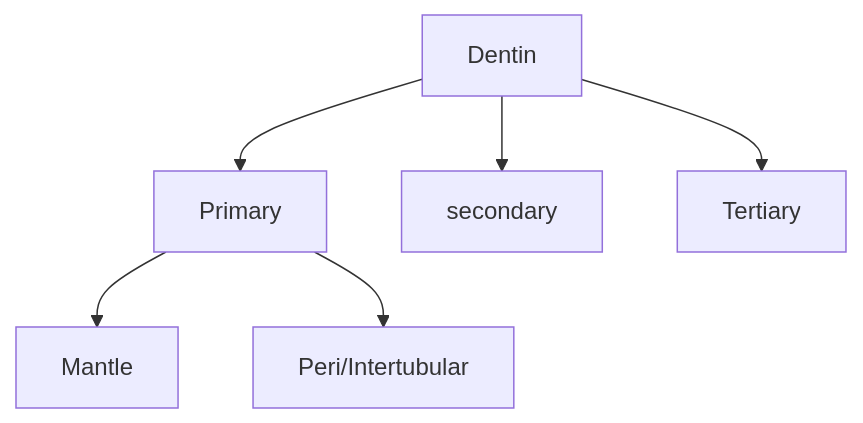
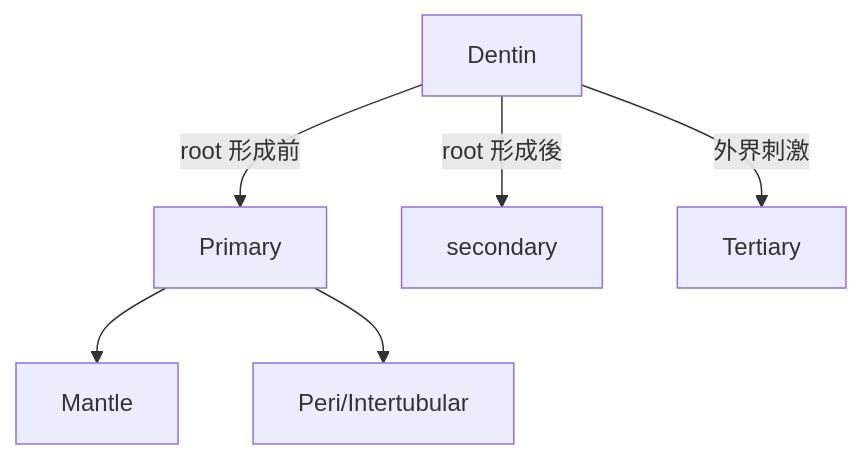
Before and after one commit to hsiu-chan/notebook: the third of 3 diagrams in notes/二下/口胚.md, drawn with Mermaid. The commit also changed other lines of this file and 16 other files, not shown here.

````diff
--- a/notes/二下/口胚.md
+++ b/notes/二下/口胚.md
@@ -440,8 +551,8 @@
 ```mermaid
 graph TD 
-D[Dentin]-->p[Primary]
+D[Dentin]-->|root 形成前|p[Primary]
 p-->m[Mantle]
 p-->pi[Peri/Intertubular]
-D-->s[secondary]
-D-->t[Tertiary]
+D-->|root 形成後|s[secondary]
+D-->|外界刺激|t[Tertiary]
 ```
````
